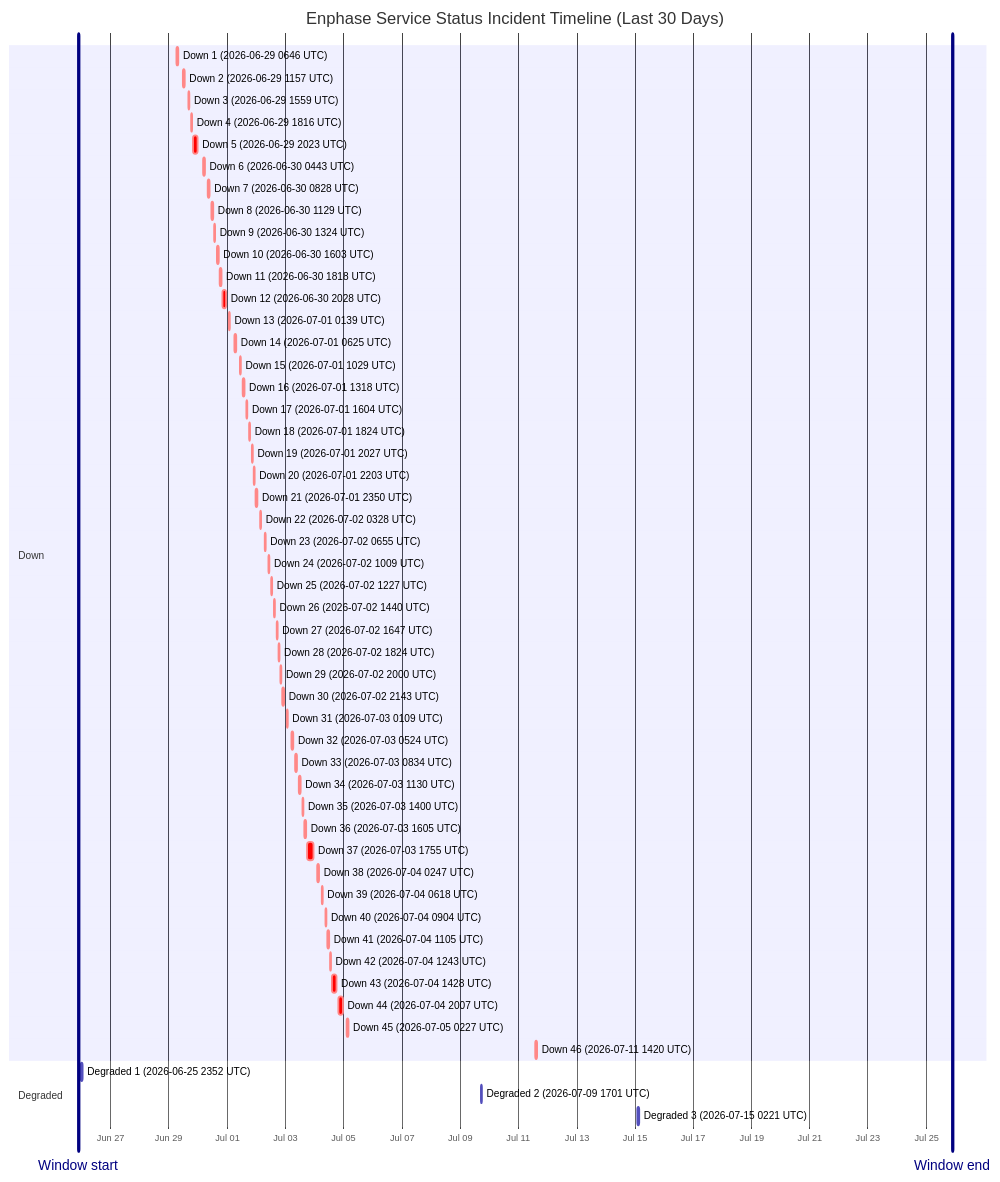
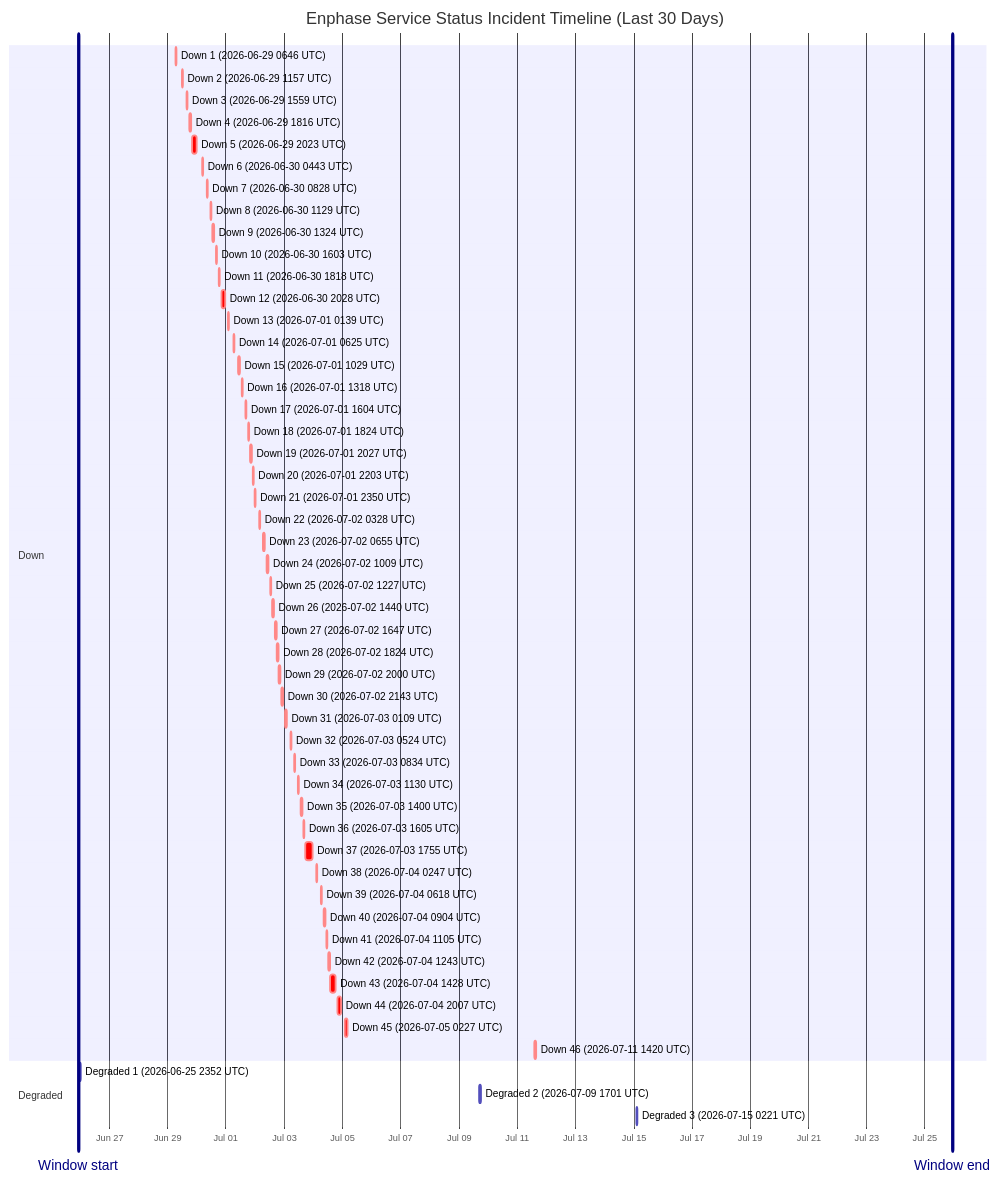
The diagram in wiki/Service-Status-History.md (barneyonline/ha-enphase-energy), drawn with Mermaid before and after one commit. The commit also changed other lines of this file and 3 other files, not shown here.

````diff
--- a/wiki/Service-Status-History.md
+++ b/wiki/Service-Status-History.md
@@ -14,59 +14,59 @@
 ```mermaid
 gantt
     title Enphase Service Status Incident Timeline (Last 30 Days)
     dateFormat  YYYY-MM-DDTHH:mm:ss
     axisFormat  %b %d
-    Window start :vert, window-start, 2026-06-25T21:24:10, 0ms
-    Window end :vert, window-end, 2026-07-25T21:24:10, 0ms
+    Window start :vert, window-start, 2026-06-25T22:25:55, 0ms
+    Window end :vert, window-end, 2026-07-25T22:25:55, 0ms
     section Down
     Down 1 (2026-06-29 0646 UTC) :crit, down-1, 2026-06-29T06:46:18, 60m
     Down 2 (2026-06-29 1157 UTC) :crit, down-2, 2026-06-29T11:57:36, 60m
     Down 3 (2026-06-29 1559 UTC) :crit, down-3, 2026-06-29T15:59:02, 60m
     Down 4 (2026-06-29 1816 UTC) :crit, down-4, 2026-06-29T18:16:38, 60m
     Down 5 (2026-06-29 2023 UTC) :crit, down-5, 2026-06-29T20:23:16, 220m
     Down 6 (2026-06-30 0443 UTC) :crit, down-6, 2026-06-30T04:43:54, 60m
     Down 7 (2026-06-30 0828 UTC) :crit, down-7, 2026-06-30T08:28:43, 60m
     Down 8 (2026-06-30 1129 UTC) :crit, down-8, 2026-06-30T11:29:15, 60m
     Down 9 (2026-06-30 1324 UTC) :crit, down-9, 2026-06-30T13:24:25, 60m
     Down 10 (2026-06-30 1603 UTC) :crit, down-10, 2026-06-30T16:03:26, 60m
     Down 11 (2026-06-30 1818 UTC) :crit, down-11, 2026-06-30T18:18:39, 60m
     Down 12 (2026-06-30 2028 UTC) :crit, down-12, 2026-06-30T20:28:54, 171m
     Down 13 (2026-07-01 0139 UTC) :crit, down-13, 2026-07-01T01:39:18, 60m
     Down 14 (2026-07-01 0625 UTC) :crit, down-14, 2026-07-01T06:25:35, 60m
     Down 15 (2026-07-01 1029 UTC) :crit, down-15, 2026-07-01T10:29:24, 60m
     Down 16 (2026-07-01 1318 UTC) :crit, down-16, 2026-07-01T13:18:31, 60m
     Down 17 (2026-07-01 1604 UTC) :crit, down-17, 2026-07-01T16:04:29, 60m
     Down 18 (2026-07-01 1824 UTC) :crit, down-18, 2026-07-01T18:24:21, 60m
     Down 19 (2026-07-01 2027 UTC) :crit, down-19, 2026-07-01T20:27:17, 60m
     Down 20 (2026-07-01 2203 UTC) :crit, down-20, 2026-07-01T22:03:46, 60m
     Down 21 (2026-07-01 2350 UTC) :crit, down-21, 2026-07-01T23:50:52, 60m
     Down 22 (2026-07-02 0328 UTC) :crit, down-22, 2026-07-02T03:28:33, 60m
     Down 23 (2026-07-02 0655 UTC) :crit, down-23, 2026-07-02T06:55:07, 60m
     Down 24 (2026-07-02 1009 UTC) :crit, down-24, 2026-07-02T10:09:15, 60m
     Down 25 (2026-07-02 1227 UTC) :crit, down-25, 2026-07-02T12:27:49, 60m
     Down 26 (2026-07-02 1440 UTC) :crit, down-26, 2026-07-02T14:40:53, 60m
     Down 27 (2026-07-02 1647 UTC) :crit, down-27, 2026-07-02T16:47:47, 60m
     Down 28 (2026-07-02 1824 UTC) :crit, down-28, 2026-07-02T18:24:26, 60m
     Down 29 (2026-07-02 2000 UTC) :crit, down-29, 2026-07-02T20:00:57, 60m
     Down 30 (2026-07-02 2143 UTC) :crit, down-30, 2026-07-02T21:43:52, 80m
     Down 31 (2026-07-03 0109 UTC) :crit, down-31, 2026-07-03T01:09:19, 60m
     Down 32 (2026-07-03 0524 UTC) :crit, down-32, 2026-07-03T05:24:23, 60m
     Down 33 (2026-07-03 0834 UTC) :crit, down-33, 2026-07-03T08:34:05, 60m
     Down 34 (2026-07-03 1130 UTC) :crit, down-34, 2026-07-03T11:30:41, 60m
     Down 35 (2026-07-03 1400 UTC) :crit, down-35, 2026-07-03T14:00:48, 60m
     Down 36 (2026-07-03 1605 UTC) :crit, down-36, 2026-07-03T16:05:49, 60m
     Down 37 (2026-07-03 1755 UTC) :crit, down-37, 2026-07-03T17:55:54, 338m
     Down 38 (2026-07-04 0247 UTC) :crit, down-38, 2026-07-04T02:47:22, 60m
     Down 39 (2026-07-04 0618 UTC) :crit, down-39, 2026-07-04T06:18:09, 60m
     Down 40 (2026-07-04 0904 UTC) :crit, down-40, 2026-07-04T09:04:41, 60m
     Down 41 (2026-07-04 1105 UTC) :crit, down-41, 2026-07-04T11:05:21, 60m
     Down 42 (2026-07-04 1243 UTC) :crit, down-42, 2026-07-04T12:43:25, 60m
     Down 43 (2026-07-04 1428 UTC) :crit, down-43, 2026-07-04T14:28:07, 243m
     Down 44 (2026-07-04 2007 UTC) :crit, down-44, 2026-07-04T20:07:50, 206m
     Down 45 (2026-07-05 0227 UTC) :crit, down-45, 2026-07-05T02:27:32, 109m
     Down 46 (2026-07-11 1420 UTC) :crit, down-46, 2026-07-11T14:20:54, 69m
     section Degraded
     Degraded 1 (2026-06-25 2352 UTC) :active, degraded-1, 2026-06-25T23:52:01, 60m
     Degraded 2 (2026-07-09 1701 UTC) :active, degraded-2, 2026-07-09T17:01:02, 60m
     Degraded 3 (2026-07-15 0221 UTC) :active, degraded-3, 2026-07-15T02:21:35, 60m
 ```
````
